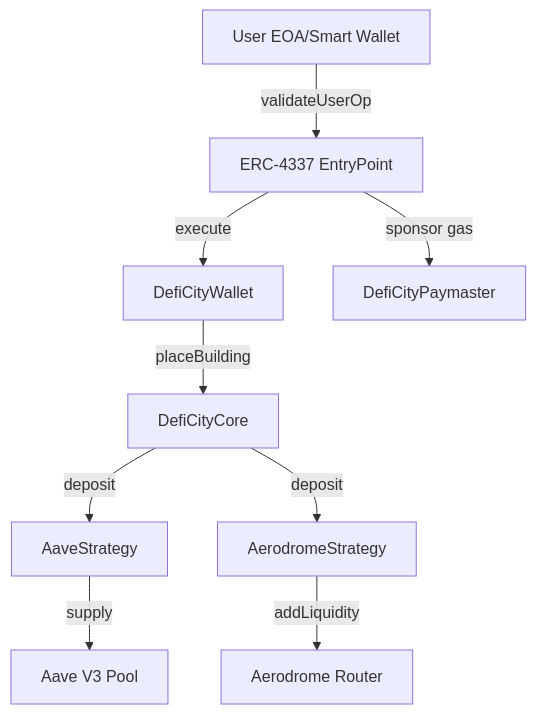
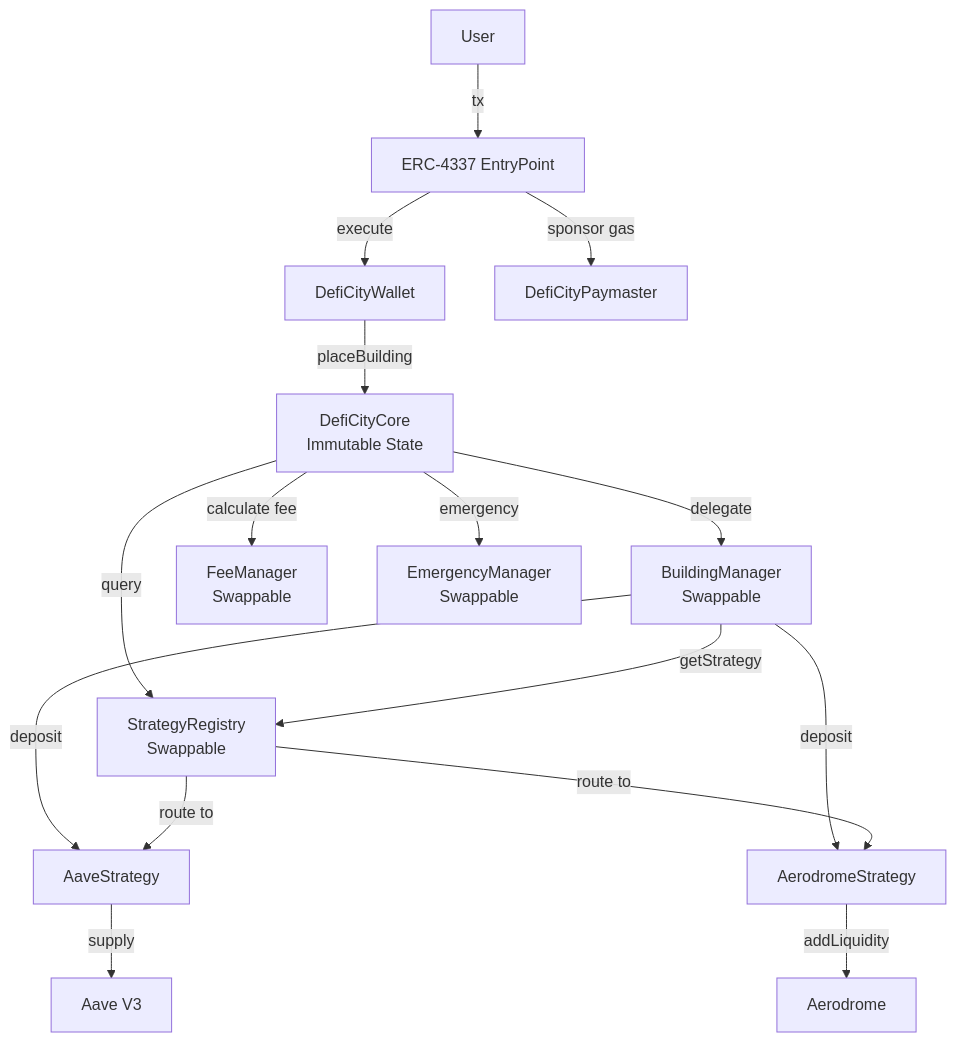
One commit to BrookerGroup/defi-city changed the diagram in contracts/SMART_CONTRACT_DESIGN.md. Above: the diagram before and after it, drawn with Mermaid. The commit also changed other lines of this file and 2 other files, not shown here.

````diff
--- a/contracts/SMART_CONTRACT_DESIGN.md
+++ b/contracts/SMART_CONTRACT_DESIGN.md
@@ -91,21 +116,39 @@
 ```mermaid
 graph TB
-    User[User EOA/Smart Wallet]
+    User[User]
     EntryPoint[ERC-4337 EntryPoint]
     Wallet[DefiCityWallet]
     Paymaster[DefiCityPaymaster]
-    Core[DefiCityCore]
-    Aave[AaveStrategy]
-    Aero[AerodromeStrategy]
-    AaveProtocol[Aave V3 Pool]
-    AeroProtocol[Aerodrome Router]
 
-    User -->|validateUserOp| EntryPoint
+    Core[DefiCityCore<br/>Immutable State]
+    Registry[StrategyRegistry<br/>Swappable]
+    BuildingMgr[BuildingManager<br/>Swappable]
+    FeeMgr[FeeManager<br/>Swappable]
+    EmergencyMgr[EmergencyManager<br/>Swappable]
+
+    AaveStrat[AaveStrategy]
+    AeroStrat[AerodromeStrategy]
+
+    AaveProtocol[Aave V3]
+    AeroProtocol[Aerodrome]
+
+    User -->|tx| EntryPoint
     EntryPoint -->|execute| Wallet
     EntryPoint -->|sponsor gas| Paymaster
     Wallet -->|placeBuilding| Core
-    Core -->|deposit| Aave
-    Core -->|deposit| Aero
-    Aave -->|supply| AaveProtocol
-    Aero -->|addLiquidity| AeroProtocol
+
+    Core -->|delegate| BuildingMgr
+    Core -->|query| Registry
+    Core -->|calculate fee| FeeMgr
+    Core -->|emergency| EmergencyMgr
+
+    BuildingMgr -->|getStrategy| Registry
+    BuildingMgr -->|deposit| AaveStrat
+    BuildingMgr -->|deposit| AeroStrat
+
+    Registry -->|route to| AaveStrat
+    Registry -->|route to| AeroStrat
+
+    AaveStrat -->|supply| AaveProtocol
+    AeroStrat -->|addLiquidity| AeroProtocol
 ```
````
